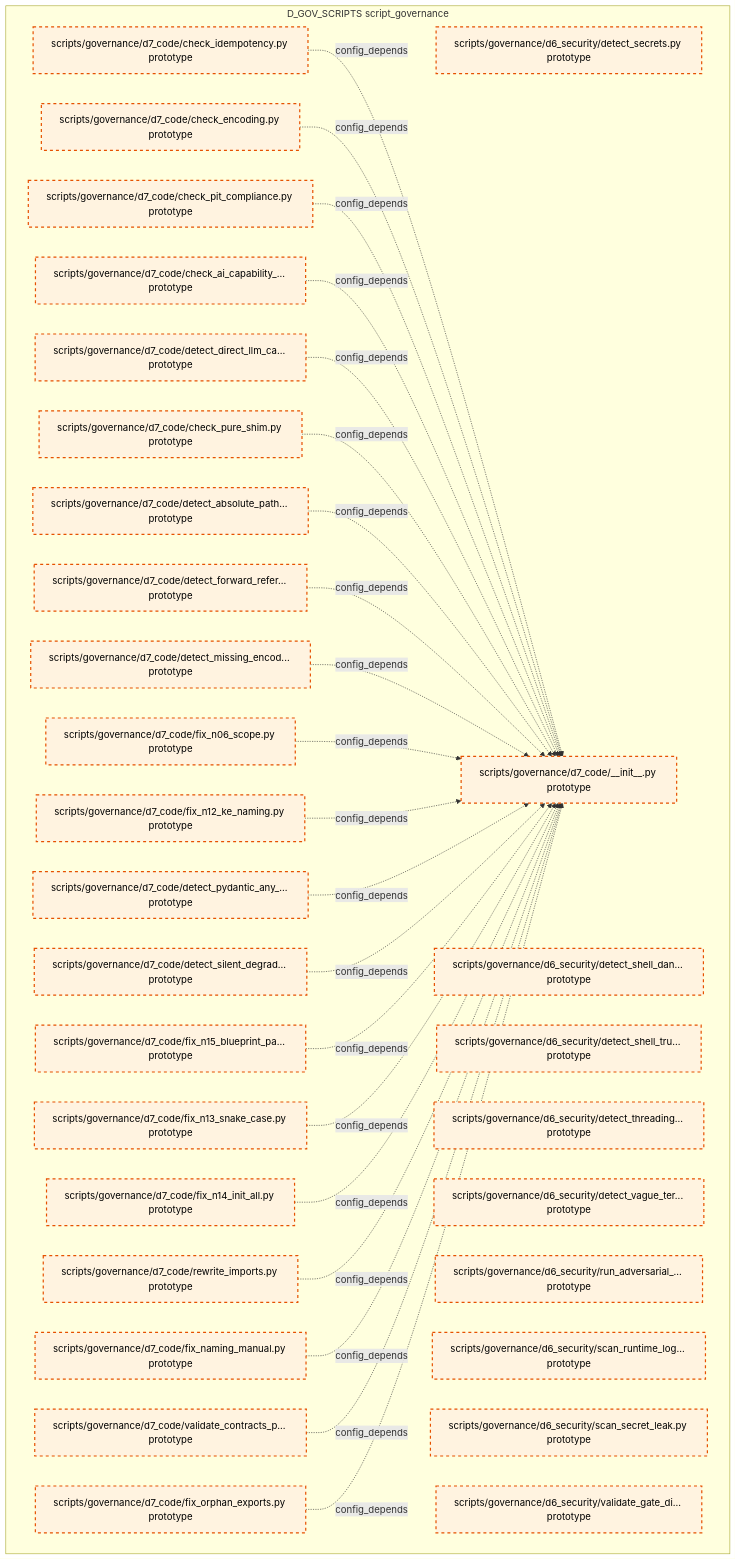
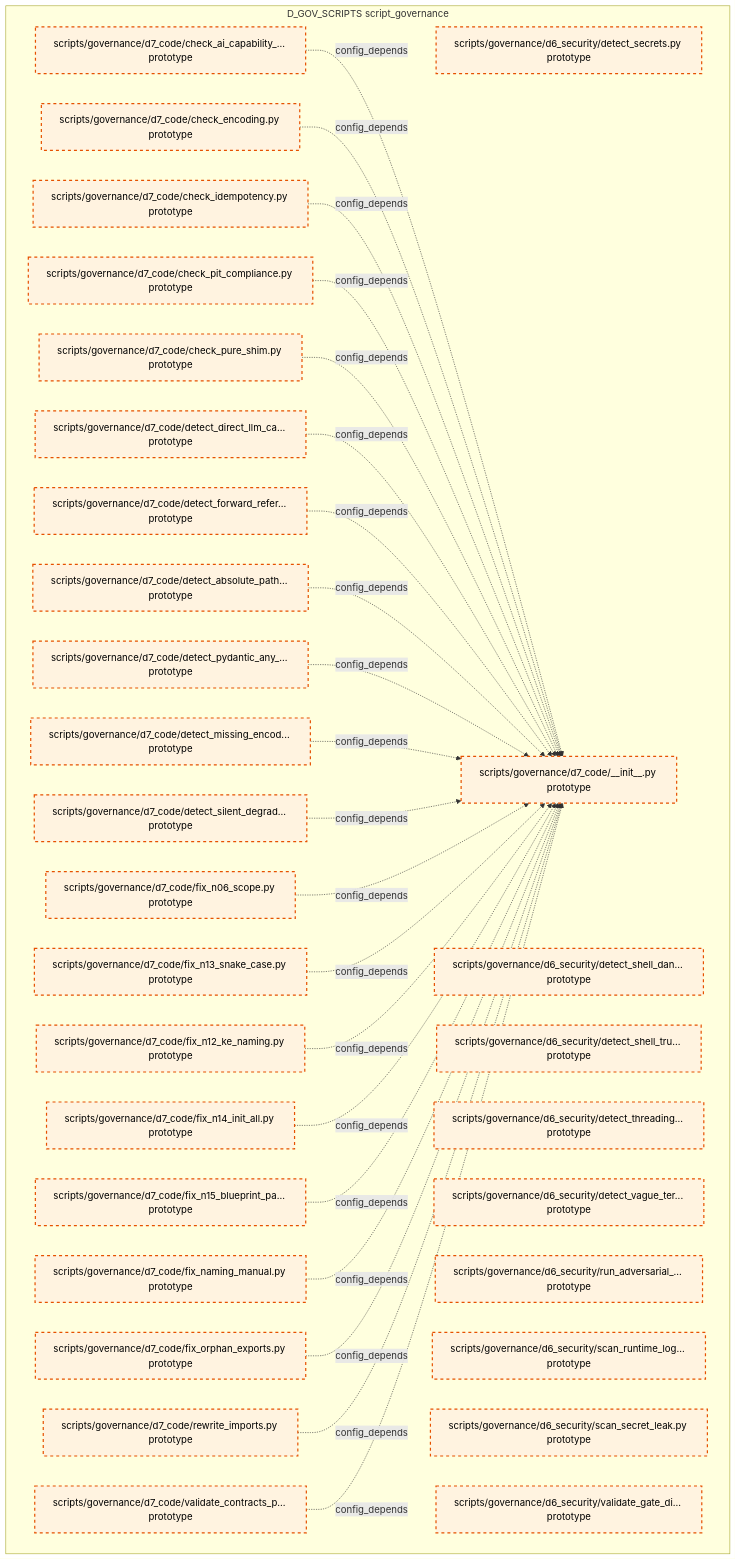
Before and after one commit to xuanFelixVan/ZephyrAlpha: the tenth of 15 diagrams in docs/02_enterprise_architecture/02_domain_architecture_docs/36_d_gov_scripts.md, drawn with Mermaid. The commit also changed other lines of this file and 99 other files, not shown here.

````diff
--- a/docs/02_enterprise_architecture/02_domain_architecture_docs/36_d_gov_scripts.md
+++ b/docs/02_enterprise_architecture/02_domain_architecture_docs/36_d_gov_scripts.md
@@ -685,60 +686,60 @@
 ```mermaid
 graph TD
     subgraph D_GOV_SCRIPTS["D_GOV_SCRIPTS script_governance"]
         scripts_governance_d6_security_detect_secrets_py["scripts/governance/d6_security/detect_secrets.py prototype"]
         scripts_governance_d6_security_detect_shell_dangerous_py["scripts/governance/d6_security/detect_shell_dan... prototype"]
         scripts_governance_d6_security_detect_shell_true_py["scripts/governance/d6_security/detect_shell_tru... prototype"]
         scripts_governance_d6_security_detect_threading_lock_py["scripts/governance/d6_security/detect_threading... prototype"]
         scripts_governance_d6_security_detect_vague_terms_py["scripts/governance/d6_security/detect_vague_ter... prototype"]
         scripts_governance_d6_security_run_adversarial_checks_py["scripts/governance/d6_security/run_adversarial_... prototype"]
         scripts_governance_d6_security_scan_runtime_log_secrets_py["scripts/governance/d6_security/scan_runtime_log... prototype"]
         scripts_governance_d6_security_scan_secret_leak_py["scripts/governance/d6_security/scan_secret_leak.py prototype"]
         scripts_governance_d6_security_validate_gate_discipline_py["scripts/governance/d6_security/validate_gate_di... prototype"]
         scripts_governance_d7_code_init_py["scripts/governance/d7_code/__init__.py prototype"]
         scripts_governance_d7_code_check_ai_capability_boundary_py["scripts/governance/d7_code/check_ai_capability_... prototype"]
         scripts_governance_d7_code_check_encoding_py["scripts/governance/d7_code/check_encoding.py prototype"]
         scripts_governance_d7_code_check_idempotency_py["scripts/governance/d7_code/check_idempotency.py prototype"]
         scripts_governance_d7_code_check_pit_compliance_py["scripts/governance/d7_code/check_pit_compliance.py prototype"]
         scripts_governance_d7_code_check_pure_shim_py["scripts/governance/d7_code/check_pure_shim.py prototype"]
         scripts_governance_d7_code_detect_absolute_path_hardcoding_py["scripts/governance/d7_code/detect_absolute_path... prototype"]
         scripts_governance_d7_code_detect_direct_llm_calls_py["scripts/governance/d7_code/detect_direct_llm_ca... prototype"]
         scripts_governance_d7_code_detect_forward_reference_py["scripts/governance/d7_code/detect_forward_refer... prototype"]
         scripts_governance_d7_code_detect_missing_encoding_py["scripts/governance/d7_code/detect_missing_encod... prototype"]
         scripts_governance_d7_code_detect_pydantic_any_fields_py["scripts/governance/d7_code/detect_pydantic_any_... prototype"]
         scripts_governance_d7_code_detect_silent_degradation_py["scripts/governance/d7_code/detect_silent_degrad... prototype"]
         scripts_governance_d7_code_fix_n06_scope_py["scripts/governance/d7_code/fix_n06_scope.py prototype"]
         scripts_governance_d7_code_fix_n12_ke_naming_py["scripts/governance/d7_code/fix_n12_ke_naming.py prototype"]
         scripts_governance_d7_code_fix_n13_snake_case_py["scripts/governance/d7_code/fix_n13_snake_case.py prototype"]
         scripts_governance_d7_code_fix_n14_init_all_py["scripts/governance/d7_code/fix_n14_init_all.py prototype"]
         scripts_governance_d7_code_fix_n15_blueprint_path_py["scripts/governance/d7_code/fix_n15_blueprint_pa... prototype"]
         scripts_governance_d7_code_fix_naming_manual_py["scripts/governance/d7_code/fix_naming_manual.py prototype"]
         scripts_governance_d7_code_fix_orphan_exports_py["scripts/governance/d7_code/fix_orphan_exports.py prototype"]
         scripts_governance_d7_code_rewrite_imports_py["scripts/governance/d7_code/rewrite_imports.py prototype"]
         scripts_governance_d7_code_validate_contracts_purity_py["scripts/governance/d7_code/validate_contracts_p... prototype"]
     end
+    scripts_governance_d7_code_check_ai_capability_boundary_py -.->|config_depends| scripts_governance_d7_code_init_py
+    scripts_governance_d7_code_check_encoding_py -.->|config_depends| scripts_governance_d7_code_init_py
     scripts_governance_d7_code_check_idempotency_py -.->|config_depends| scripts_governance_d7_code_init_py
-    scripts_governance_d7_code_check_encoding_py -.->|config_depends| scripts_governance_d7_code_init_py
     scripts_governance_d7_code_check_pit_compliance_py -.->|config_depends| scripts_governance_d7_code_init_py
-    scripts_governance_d7_code_check_ai_capability_boundary_py -.->|config_depends| scripts_governance_d7_code_init_py
+    scripts_governance_d7_code_check_pure_shim_py -.->|config_depends| scripts_governance_d7_code_init_py
     scripts_governance_d7_code_detect_direct_llm_calls_py -.->|config_depends| scripts_governance_d7_code_init_py
-    scripts_governance_d7_code_check_pure_shim_py -.->|config_depends| scripts_governance_d7_code_init_py
+    scripts_governance_d7_code_detect_forward_reference_py -.->|config_depends| scripts_governance_d7_code_init_py
     scripts_governance_d7_code_detect_absolute_path_hardcoding_py -.->|config_depends| scripts_governance_d7_code_init_py
-    scripts_governance_d7_code_detect_forward_reference_py -.->|config_depends| scripts_governance_d7_code_init_py
+    scripts_governance_d7_code_detect_pydantic_any_fields_py -.->|config_depends| scripts_governance_d7_code_init_py
     scripts_governance_d7_code_detect_missing_encoding_py -.->|config_depends| scripts_governance_d7_code_init_py
+    scripts_governance_d7_code_detect_silent_degradation_py -.->|config_depends| scripts_governance_d7_code_init_py
     scripts_governance_d7_code_fix_n06_scope_py -.->|config_depends| scripts_governance_d7_code_init_py
+    scripts_governance_d7_code_fix_n13_snake_case_py -.->|config_depends| scripts_governance_d7_code_init_py
     scripts_governance_d7_code_fix_n12_ke_naming_py -.->|config_depends| scripts_governance_d7_code_init_py
-    scripts_governance_d7_code_detect_pydantic_any_fields_py -.->|config_depends| scripts_governance_d7_code_init_py
-    scripts_governance_d7_code_detect_silent_degradation_py -.->|config_depends| scripts_governance_d7_code_init_py
+    scripts_governance_d7_code_fix_n14_init_all_py -.->|config_depends| scripts_governance_d7_code_init_py
     scripts_governance_d7_code_fix_n15_blueprint_path_py -.->|config_depends| scripts_governance_d7_code_init_py
-    scripts_governance_d7_code_fix_n13_snake_case_py -.->|config_depends| scripts_governance_d7_code_init_py
-    scripts_governance_d7_code_fix_n14_init_all_py -.->|config_depends| scripts_governance_d7_code_init_py
+    scripts_governance_d7_code_fix_naming_manual_py -.->|config_depends| scripts_governance_d7_code_init_py
+    scripts_governance_d7_code_fix_orphan_exports_py -.->|config_depends| scripts_governance_d7_code_init_py
     scripts_governance_d7_code_rewrite_imports_py -.->|config_depends| scripts_governance_d7_code_init_py
-    scripts_governance_d7_code_fix_naming_manual_py -.->|config_depends| scripts_governance_d7_code_init_py
     scripts_governance_d7_code_validate_contracts_purity_py -.->|config_depends| scripts_governance_d7_code_init_py
-    scripts_governance_d7_code_fix_orphan_exports_py -.->|config_depends| scripts_governance_d7_code_init_py
     classDef production fill:#e1f5fe,stroke:#01579b,stroke-width:2px,color:#000
     classDef design fill:#fff3e0,stroke:#e65100,stroke-width:2px,color:#000,stroke-dasharray: 5 5
     classDef external_prod fill:#e8f5e9,stroke:#1b5e20,stroke-width:1px,color:#000
     classDef external_design fill:#fce4ec,stroke:#880e4f,stroke-width:1px,color:#000,stroke-dasharray: 5 5
     class scripts_governance_d6_security_detect_secrets_py,scripts_governance_d6_security_detect_shell_dangerous_py,scripts_governance_d6_security_detect_shell_true_py,scripts_governance_d6_security_detect_threading_lock_py,scripts_governance_d6_security_detect_vague_terms_py,scripts_governance_d6_security_run_adversarial_checks_py,scripts_governance_d6_security_scan_runtime_log_secrets_py,scripts_governance_d6_security_scan_secret_leak_py,scripts_governance_d6_security_validate_gate_discipline_py,scripts_governance_d7_code_init_py,scripts_governance_d7_code_check_ai_capability_boundary_py,scripts_governance_d7_code_check_encoding_py,scripts_governance_d7_code_check_idempotency_py,scripts_governance_d7_code_check_pit_compliance_py,scripts_governance_d7_code_check_pure_shim_py,scripts_governance_d7_code_detect_absolute_path_hardcoding_py,scripts_governance_d7_code_detect_direct_llm_calls_py,scripts_governance_d7_code_detect_forward_reference_py,scripts_governance_d7_code_detect_missing_encoding_py,scripts_governance_d7_code_detect_pydantic_any_fields_py,scripts_governance_d7_code_detect_silent_degradation_py,scripts_governance_d7_code_fix_n06_scope_py,scripts_governance_d7_code_fix_n12_ke_naming_py,scripts_governance_d7_code_fix_n13_snake_case_py,scripts_governance_d7_code_fix_n14_init_all_py,scripts_governance_d7_code_fix_n15_blueprint_path_py,scripts_governance_d7_code_fix_naming_manual_py,scripts_governance_d7_code_fix_orphan_exports_py,scripts_governance_d7_code_rewrite_imports_py,scripts_governance_d7_code_validate_contracts_purity_py design
 ```
````
